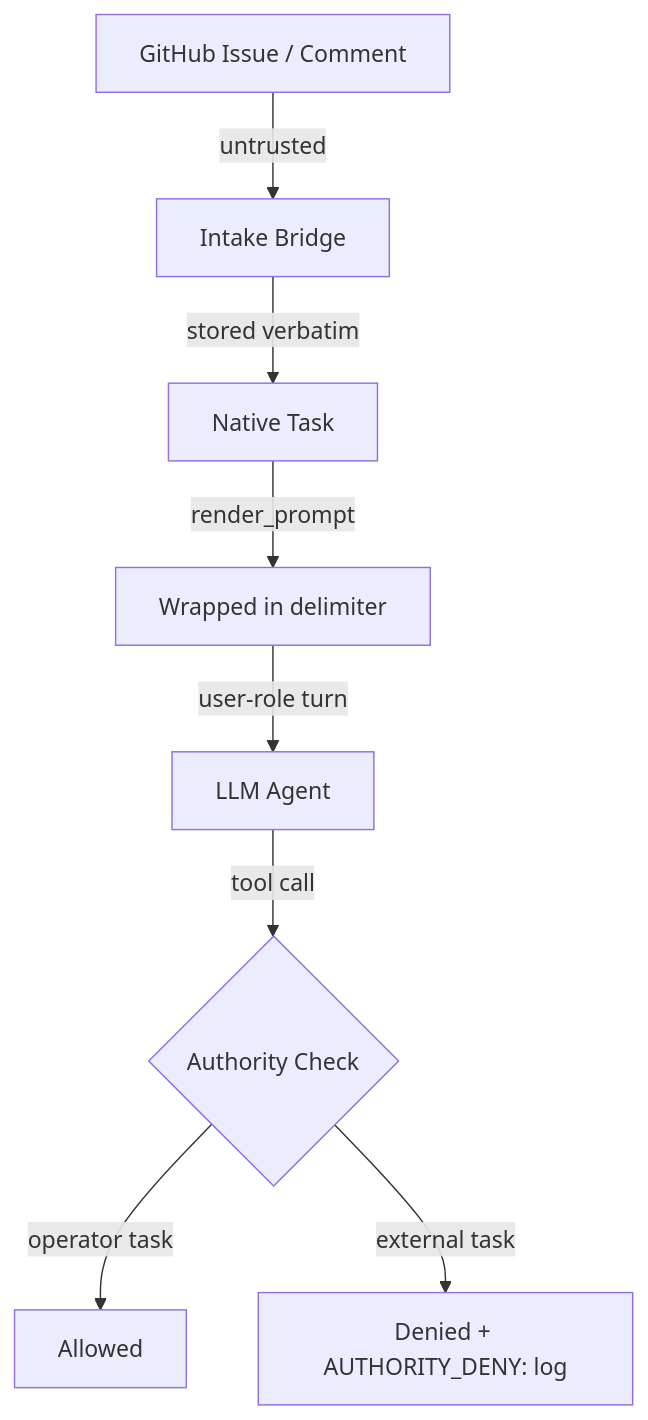
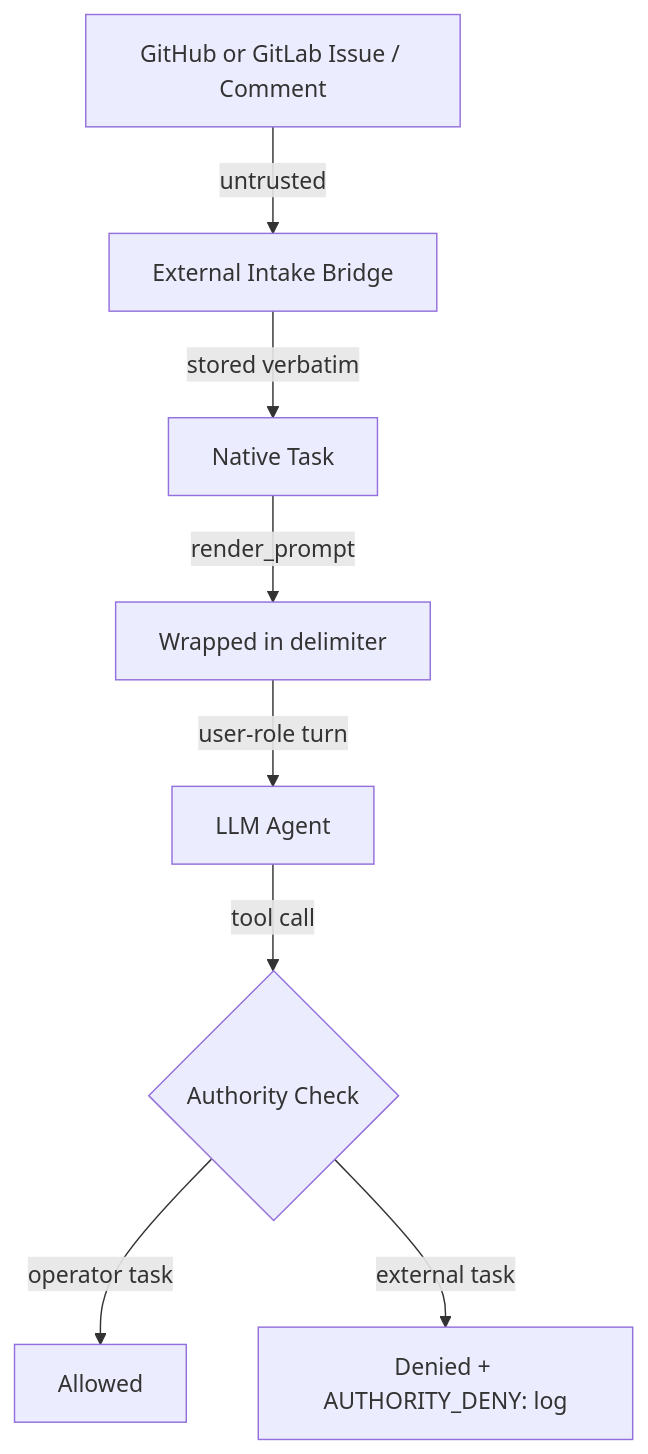
The diagram in docs/prompt-injection-security.md (lesserevil/oompah), drawn with Mermaid before and after one commit. The commit also changed other lines of this file and 3 other files, not shown here.

First line of the commit message:
OOMPAH-324: Document forge-neutral issue intake

````diff
--- a/docs/prompt-injection-security.md
+++ b/docs/prompt-injection-security.md
@@ -73,10 +73,10 @@
 ```mermaid
 flowchart TD
-    A[GitHub Issue / Comment] -->|untrusted| B[Intake Bridge]
+    A[GitHub or GitLab Issue / Comment] -->|untrusted| B[External Intake Bridge]
     B -->|stored verbatim| C[Native Task]
     C -->|render_prompt| D[Wrapped in delimiter]
     D -->|user-role turn| E[LLM Agent]
     E -->|tool call| F{Authority Check}
     F -->|operator task| G[Allowed]
     F -->|external task| H[Denied + AUTHORITY_DENY: log]
 ```
````
